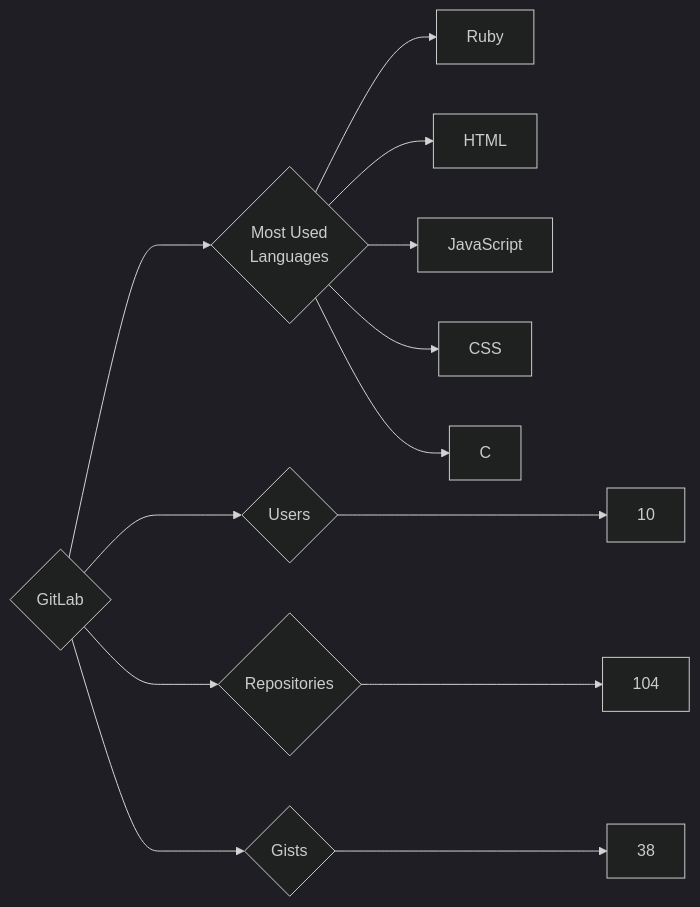
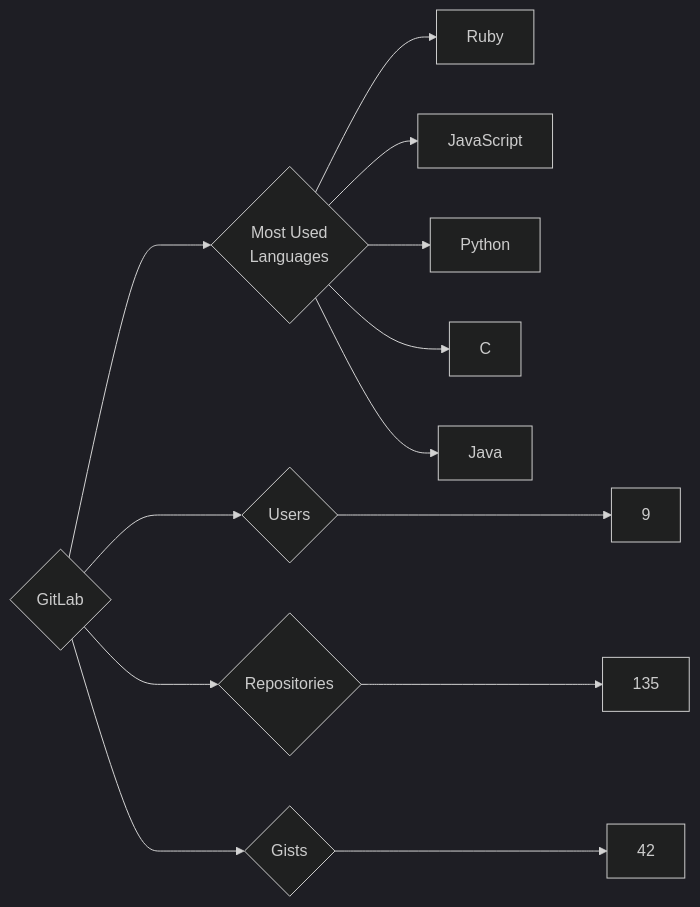
One commit to trickest/insiders changed the diagram in targets/GitLab/README.md. Above: the diagram before and after it, drawn with Mermaid (dark theme). The commit also changed 953 other files, not shown here.

````diff
--- a/targets/GitLab/README.md
+++ b/targets/GitLab/README.md
@@ -3,13 +3,13 @@
 ```mermaid
 graph LR
 COMPANY_NAME{GitLab}
-COMPANY_NAME ---> U{Users} ---> UN[10]
-COMPANY_NAME ---> R{Repositories} ---> RN[104]
-COMPANY_NAME ---> G{Gists} ---> GN[38]
+COMPANY_NAME ---> U{Users} ---> UN[9]
+COMPANY_NAME ---> R{Repositories} ---> RN[135]
+COMPANY_NAME ---> G{Gists} ---> GN[42]
 COMPANY_NAME ---> ML{Most Used<br>Languages}
 ML --> Ruby[Ruby]
-ML --> HTML[HTML]
 ML --> JavaScript[JavaScript]
-ML --> CSS[CSS]
+ML --> Python[Python]
 ML --> C[C]
+ML --> Java[Java]
 ```
````
